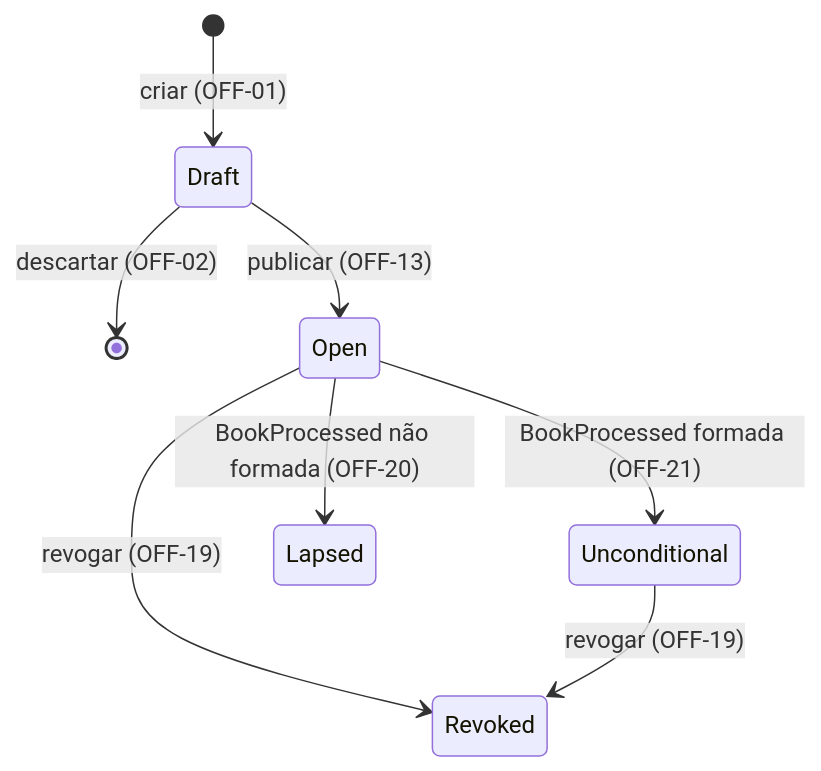
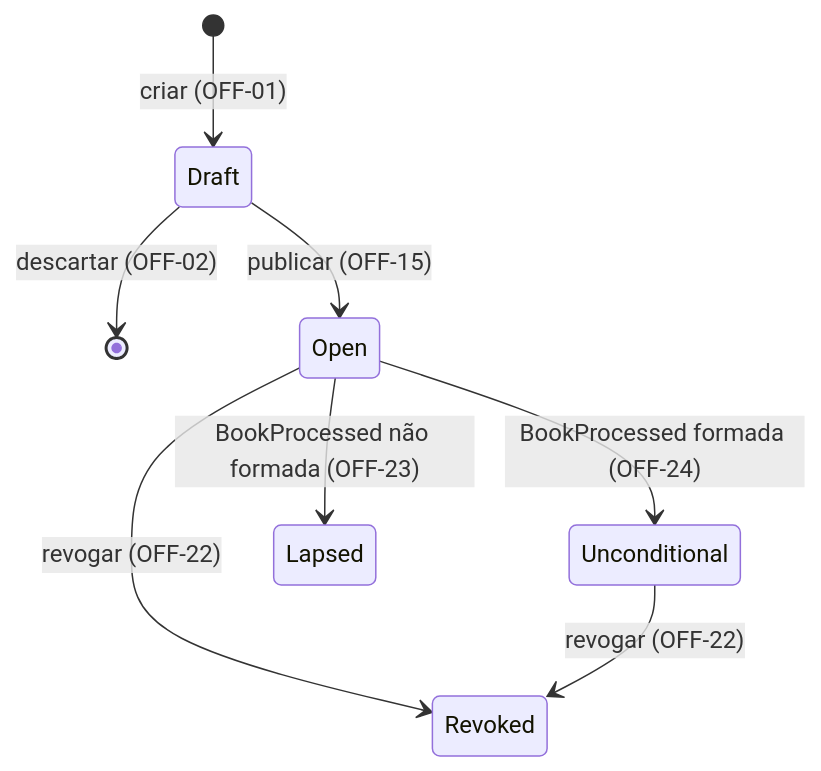
The first of 3 diagrams in docs/specs/offer-lifecycle/spec.md (guilhermesalvi/fund-distribution-platform), drawn with Mermaid before and after one commit. The commit also changed other lines of this file and 7 other files, not shown here.

````diff
--- a/docs/specs/offer-lifecycle/spec.md
+++ b/docs/specs/offer-lifecycle/spec.md
@@ -76,10 +79,10 @@
 ```mermaid
 stateDiagram-v2
     [*] --> Draft: criar (OFF-01)
     Draft --> [*]: descartar (OFF-02)
-    Draft --> Open: publicar (OFF-13)
-    Open --> Unconditional: BookProcessed formada (OFF-21)
-    Open --> Lapsed: BookProcessed não formada (OFF-20)
-    Open --> Revoked: revogar (OFF-19)
-    Unconditional --> Revoked: revogar (OFF-19)
+    Draft --> Open: publicar (OFF-15)
+    Open --> Unconditional: BookProcessed formada (OFF-24)
+    Open --> Lapsed: BookProcessed não formada (OFF-23)
+    Open --> Revoked: revogar (OFF-22)
+    Unconditional --> Revoked: revogar (OFF-22)
 ```
````
